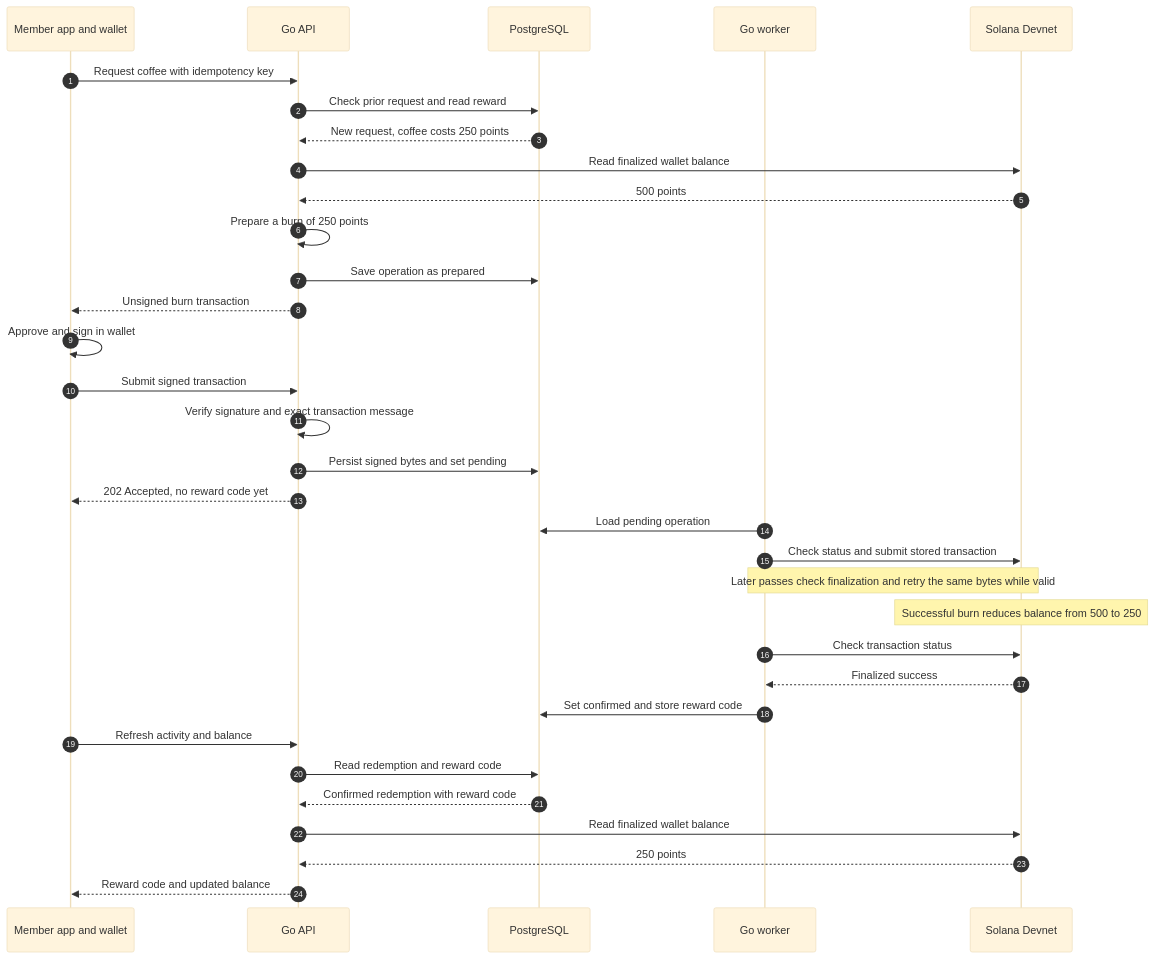
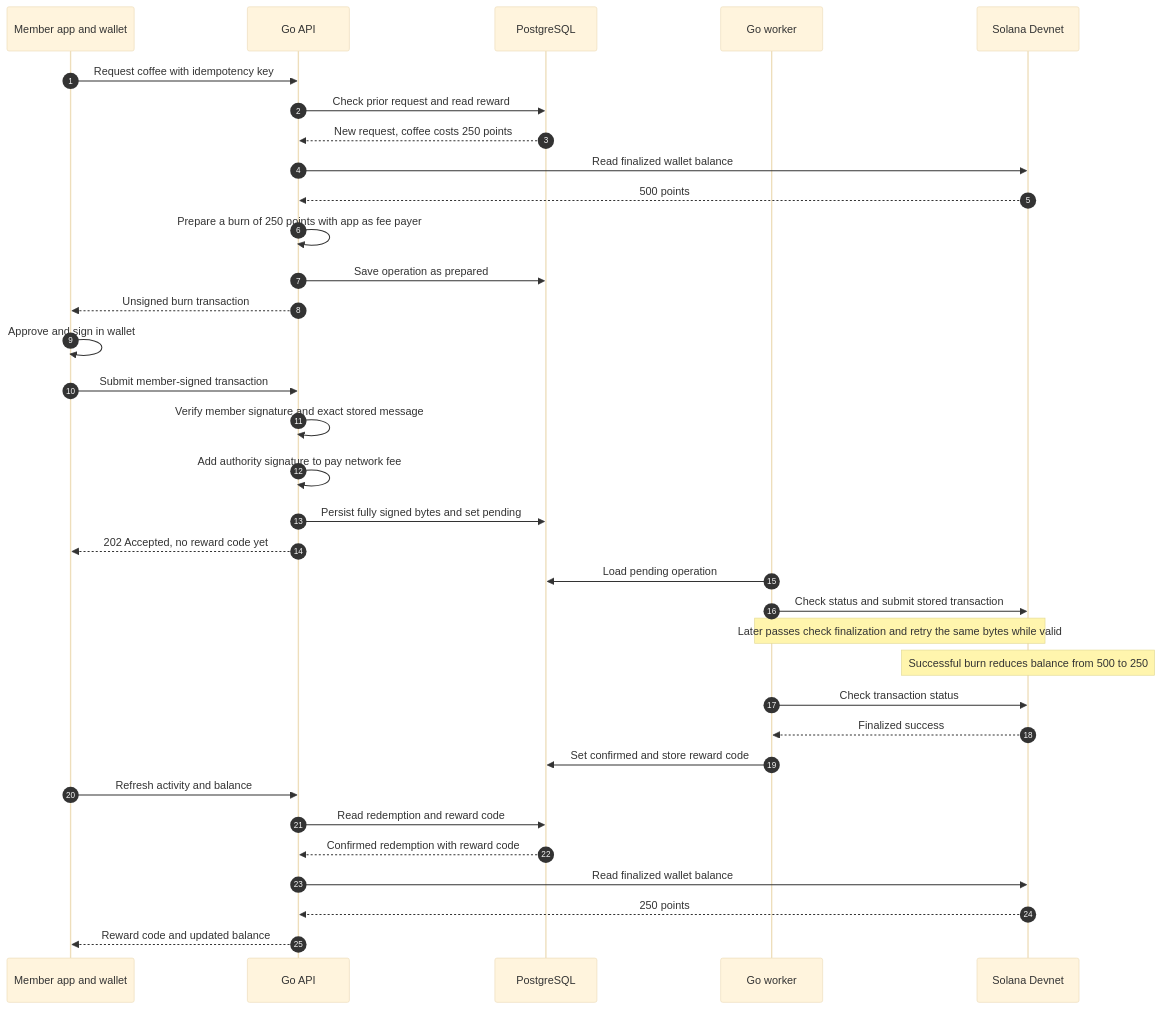
Before and after one commit to hbinduni/solana-loyalty-points: the second of 2 diagrams in README.md, drawn with Mermaid (base theme). The commit also changed other lines of this file and 9 other files, not shown here.

````diff
--- a/README.md
+++ b/README.md
@@ -83,39 +83,40 @@
 ```mermaid
 sequenceDiagram
     autonumber
     participant Member as Member app and wallet
     participant API as Go API
     participant DB as PostgreSQL
     participant Worker as Go worker
     participant Chain as Solana Devnet
 
     Member->>API: Request coffee with idempotency key
     API->>DB: Check prior request and read reward
     DB-->>API: New request, coffee costs 250 points
     API->>Chain: Read finalized wallet balance
     Chain-->>API: 500 points
-    API->>API: Prepare a burn of 250 points
+    API->>API: Prepare a burn of 250 points with app as fee payer
     API->>DB: Save operation as prepared
     API-->>Member: Unsigned burn transaction
 
     Member->>Member: Approve and sign in wallet
-    Member->>API: Submit signed transaction
-    API->>API: Verify signature and exact transaction message
-    API->>DB: Persist signed bytes and set pending
+    Member->>API: Submit member-signed transaction
+    API->>API: Verify member signature and exact stored message
+    API->>API: Add authority signature to pay network fee
+    API->>DB: Persist fully signed bytes and set pending
     API-->>Member: 202 Accepted, no reward code yet
 
     Worker->>DB: Load pending operation
     Worker->>Chain: Check status and submit stored transaction
     Note over Worker,Chain: Later passes check finalization and retry the same bytes while valid
     Note over Chain: Successful burn reduces balance from 500 to 250
     Worker->>Chain: Check transaction status
     Chain-->>Worker: Finalized success
     Worker->>DB: Set confirmed and store reward code
 
     Member->>API: Refresh activity and balance
     API->>DB: Read redemption and reward code
     DB-->>API: Confirmed redemption with reward code
     API->>Chain: Read finalized wallet balance
     Chain-->>API: 250 points
     API-->>Member: Reward code and updated balance
 ```
````
